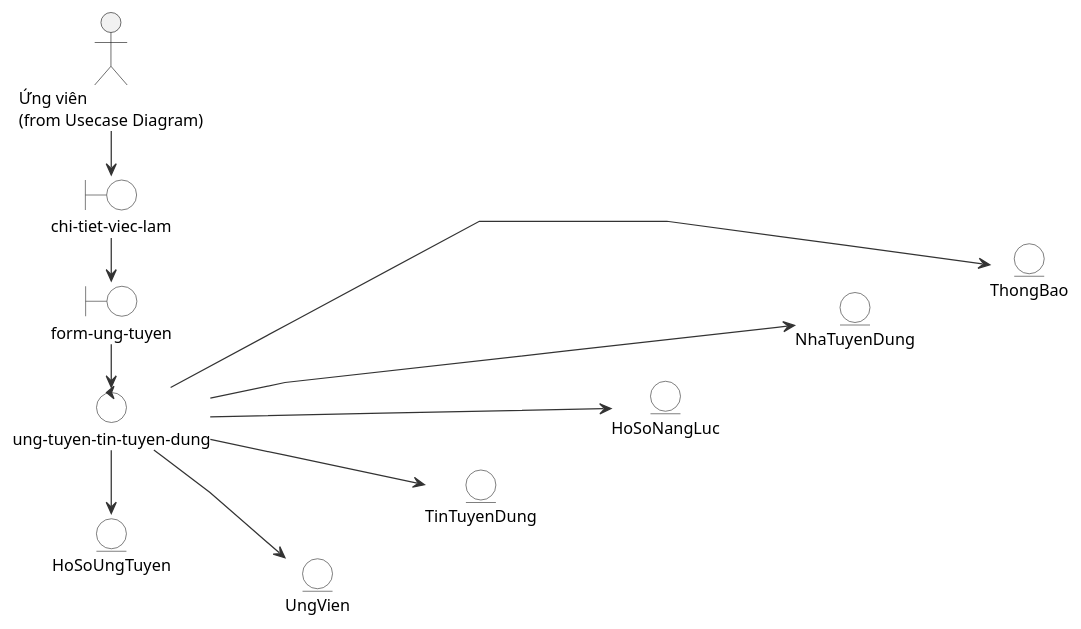
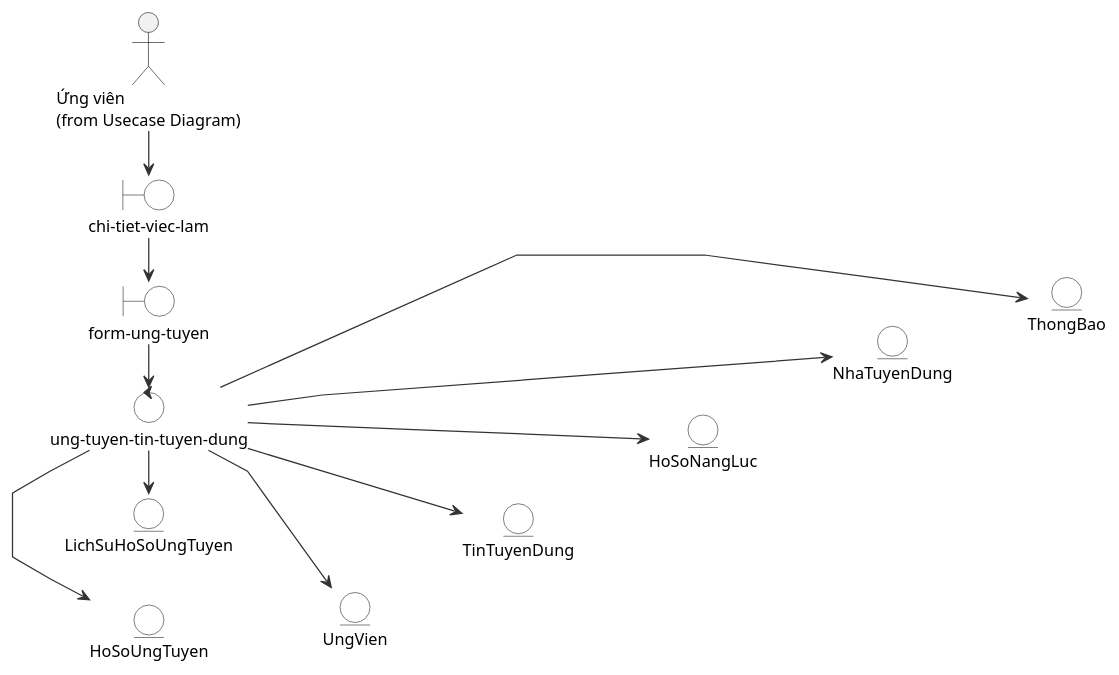
The diagram in docs/so-do/04-robustness/10-robustness-ung-tuyen-tin-tuyen-dung.puml (hole-six/DoAn), drawn with PlantUML before and after one commit. The commit also changed 66 other files, not shown here.

```diff
--- a/docs/so-do/04-robustness/10-robustness-ung-tuyen-tin-tuyen-dung.puml
+++ b/docs/so-do/04-robustness/10-robustness-ung-tuyen-tin-tuyen-dung.puml
@@ -1,52 +1,54 @@
 @startuml
 skinparam defaultFontName "Segoe UI"
 skinparam defaultFontSize 13
 skinparam shadowing false
 skinparam linetype polyline
 left to right direction
 skinparam actorStyle stick
 skinparam roundcorner 8
 skinparam ArrowColor #333333
 skinparam rectangleBorderColor #333333
 skinparam boundary {
   BackgroundColor White
   BorderColor #333333
 }
 skinparam control {
   BackgroundColor White
   BorderColor #333333
 }
 skinparam entity {
   BackgroundColor White
   BorderColor #333333
 }
 
 actor "Ứng viên\n(from Usecase Diagram)" as Actor
 boundary "chi-tiet-viec-lam" as UI
 boundary "form-ung-tuyen" as Form
 control "ung-tuyen-tin-tuyen-dung" as Controller
 
 entity "HoSoUngTuyen" as MainEntity
 entity "UngVien" as E1
 entity "TinTuyenDung" as E2
 entity "HoSoNangLuc" as E3
 entity "NhaTuyenDung" as E4
 entity "ThongBao" as E5
 
 Actor -right-> UI
 UI -right-> Form
 Form -right-> Controller
 
 Controller -right-> MainEntity
 Controller -right-> E1
 Controller -right-> E2
 Controller -right-> E3
 Controller -right-> E4
 Controller -right-> E5
 
 MainEntity -down[hidden]-> E1
 E1 -down[hidden]-> E2
 E2 -down[hidden]-> E3
 E3 -down[hidden]-> E4
 E4 -down[hidden]-> E5
+entity "LichSuHoSoUngTuyen" as LichSuHoSoUngTuyen
+Controller -right-> LichSuHoSoUngTuyen
 @enduml
```
